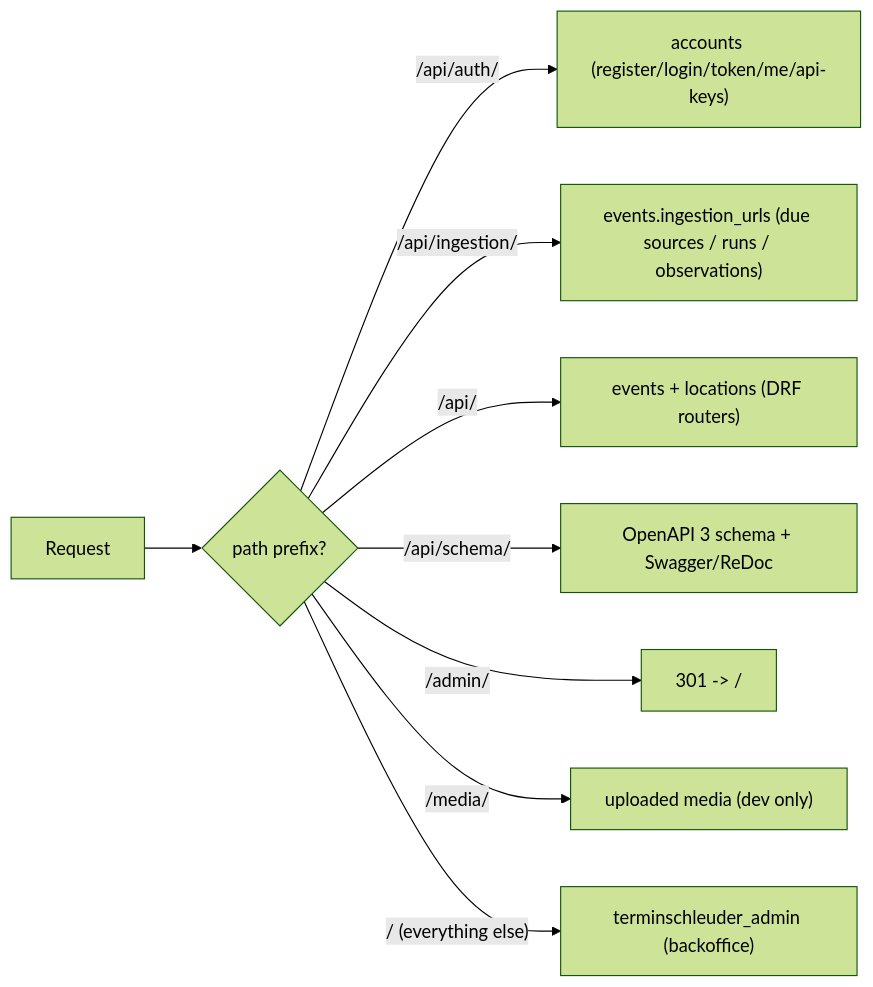
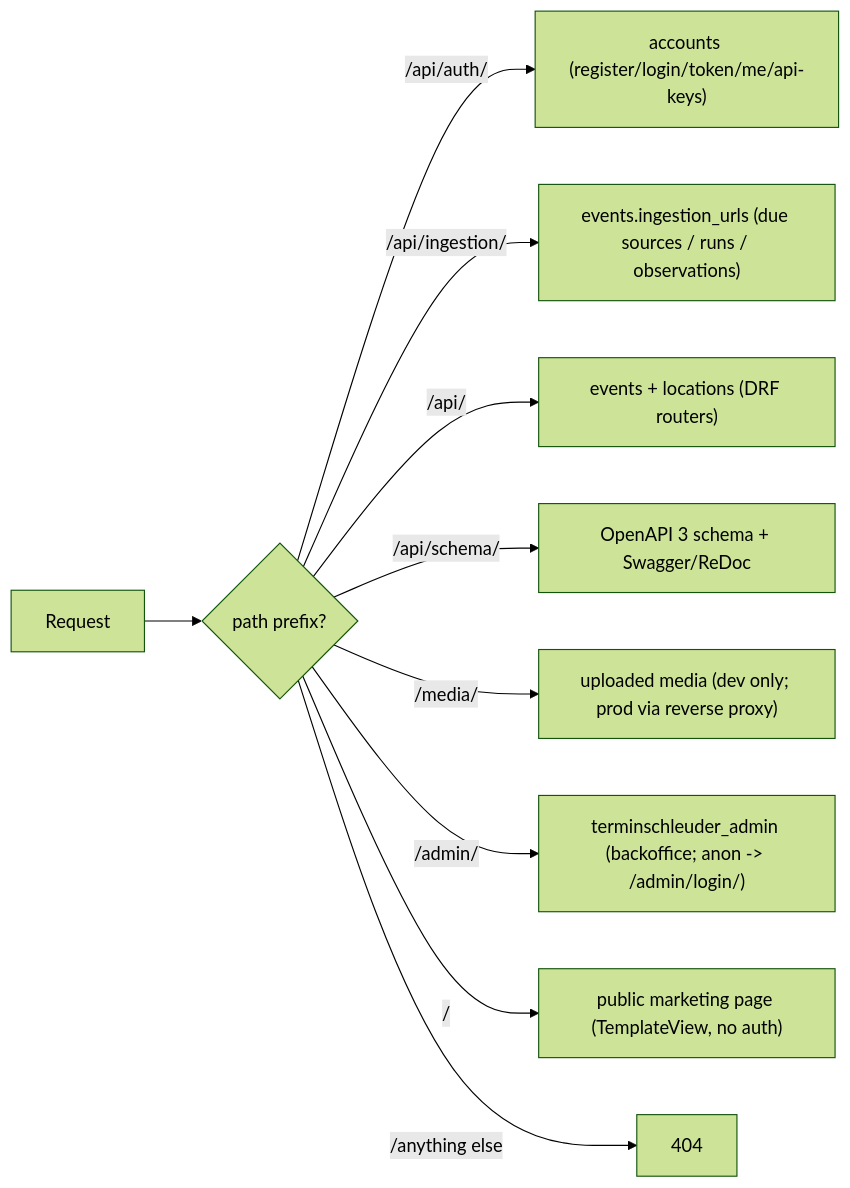
The second of 4 diagrams in docs/architecture.md (Terminschleuder/backend), drawn with Mermaid (forest theme) before and after one commit. The commit also changed other lines of this file and 11 other files, not shown here.

Commit message:
move backend to /admin and have a landing page

````diff
--- a/docs/architecture.md
+++ b/docs/architecture.md
@@ -61,11 +61,12 @@
 ```mermaid
 flowchart LR
     R["Request"] --> P{"path prefix?"}
     P -->|"/api/auth/"| Auth["accounts (register/login/token/me/api-keys)"]
     P -->|"/api/ingestion/"| Ing["events.ingestion_urls (due sources / runs / observations)"]
     P -->|"/api/"| API["events + locations (DRF routers)"]
     P -->|"/api/schema/"| Schema["OpenAPI 3 schema + Swagger/ReDoc"]
-    P -->|"/admin/"| Redir["301 -> /"]
-    P -->|"/media/"| Media["uploaded media (dev only)"]
-    P -->|"/  (everything else)"| Back["terminschleuder_admin (backoffice)"]
+    P -->|"/media/"| Media["uploaded media (dev only; prod via reverse proxy)"]
+    P -->|"/admin/"| Back["terminschleuder_admin (backoffice; anon -> /admin/login/)"]
+    P -->|"/"| Landing["public marketing page (TemplateView, no auth)"]
+    P -->|"/anything else"| Nf["404"]
 ```
````
